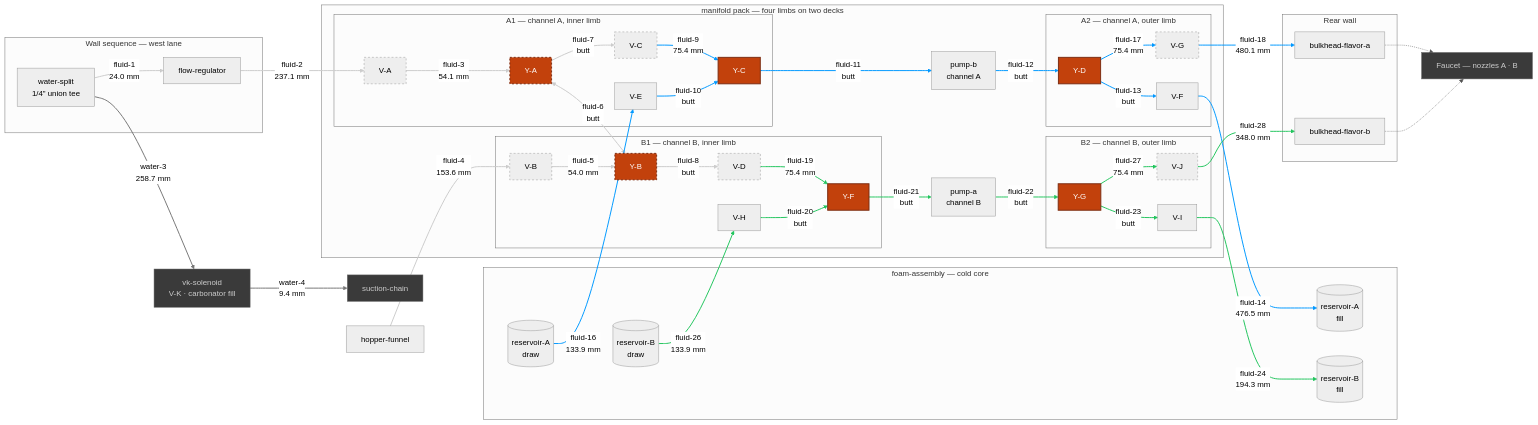
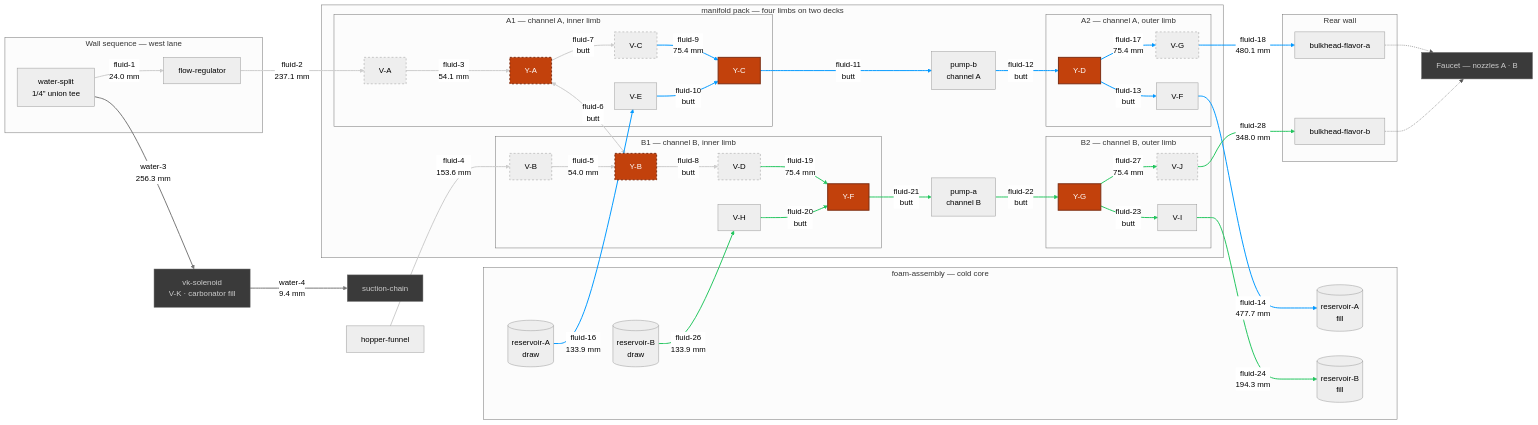
Before and after one commit to derekbreden/homesodamachine: the diagram in hardware/topology/fluid-topology-manifold.mmd, drawn with Mermaid (neutral theme). The commit also changed 13 other files, not shown here.

```diff
--- a/hardware/topology/fluid-topology-manifold.mmd
+++ b/hardware/topology/fluid-topology-manifold.mmd
@@ -14,7 +14,7 @@
   %% [26](SEGMENT_COUNT) flavor segments. [11](BUTT_COUNT) are collet butted to collet and carry
   %% no tube at all; [9](DRAWN_COUNT) are swept runs between placed bodies; the rest are the
   %% hinge's four hairpins and the source pair's two quarter-and-step turns. What is cut comes to
-  %% [2591.2 mm](FLUID_TOTAL) of 1/4" LLDPE over [42](FLUID_BENDS) corners, and the longest is
+  %% [2592.3 mm](FLUID_TOTAL) of 1/4" LLDPE over [42](FLUID_BENDS) corners, and the longest is
   %% [fluid-18](LONGEST_ID) at [480.1 mm](LONGEST_LEN). [0](OPEN_COUNT) are mouths with nothing
   %% on the far end of them: EVERY FLAVOR SEGMENT IN THIS CHART IS MADE. The hopper's gravity
   %% drain is drawn like the rest — the funnel is seated in the box rather than placed in the
@@ -135,7 +135,7 @@
   YC -->|"fluid-11<br/>butt"| PB
   PB -->|"fluid-12<br/>butt"| YD
   YD -->|"fluid-13<br/>butt"| VF
-  VF -->|"fluid-14<br/>476.5 mm"| ResAFill
+  VF -->|"fluid-14<br/>477.7 mm"| ResAFill
   ResA -->|"fluid-16<br/>133.9 mm"| VE
   YD -->|"fluid-17<br/>75.4 mm"| VG
   VG -->|"fluid-18<br/>480.1 mm"| BhA
@@ -162,7 +162,7 @@
   %% V-K gates the carbonator fill off the same split fluid-1 leaves. It stands on the cold core's
   %% crown, east of the SeaFlo, and water-3 is the one run in the assembly that crosses the whole
   %% machine — the split is in the west lane, V-K is on the east, and its inlet faces forward.
-  Split -->|"water-3<br/>258.7 mm"| VK
+  Split -->|"water-3<br/>256.3 mm"| VK
   VK -->|"water-4<br/>9.4 mm"| SuctChain
 
   %% =========================
```
